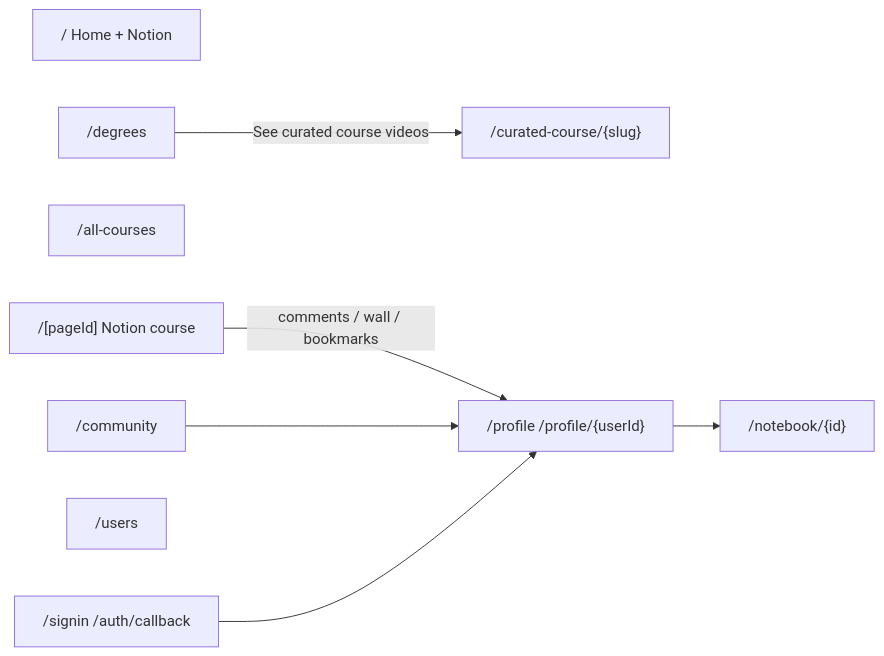
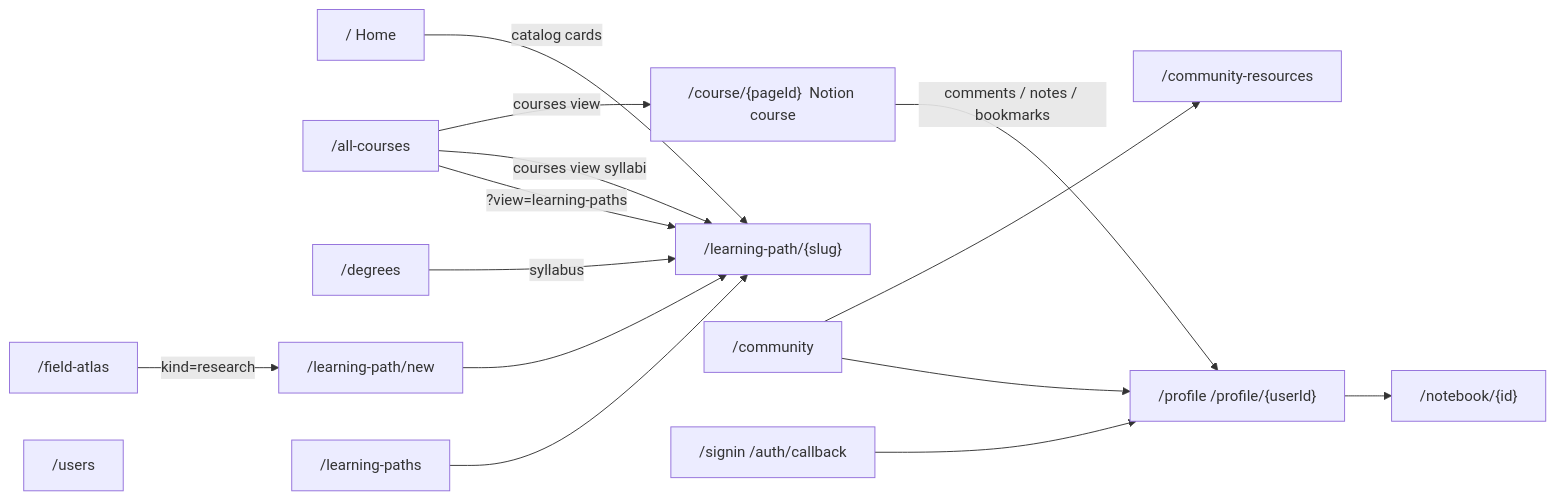
The second of 4 diagrams in docs/architecture.md (coursetexts/notion-site), drawn with Mermaid before and after one commit. The commit also changed other lines of this file and 80 other files, not shown here.

Commit message:
changes to the homepage explainer and community explainer, everything is now a learning path

````diff
--- a/docs/architecture.md
+++ b/docs/architecture.md
@@ -40,19 +89,31 @@
 ```mermaid
 flowchart LR
-  Home["/  Home + Notion"]
-  Course["/[pageId]  Notion course"]
+  Home["/  Home"]
+  Course["/course/{pageId}  Notion course"]
   All["/all-courses"]
   Degrees["/degrees"]
-  Curated["/curated-course/{slug}"]
+  LP["/learning-path/{slug}"]
+  LPNew["/learning-path/new"]
+  LPIndex["/learning-paths"]
+  Atlas["/field-atlas"]
   Community["/community"]
+  Resources["/community-resources"]
   Profile["/profile  /profile/{userId}"]
   Users["/users"]
   Notebook["/notebook/{id}"]
   Signin["/signin  /auth/callback"]
 
-  Degrees -->|"See curated course videos"| Curated
-  Course -->|"comments / wall / bookmarks"| Profile
+  Degrees -->|"syllabus"| LP
+  Home -->|"catalog cards"| LP
+  LPIndex --> LP
+  LPNew --> LP
+  Atlas -->|"kind=research"| LPNew
+  All -->|"courses view"| Course
+  All -->|"courses view syllabi"| LP
+  All -->|"?view=learning-paths"| LP
+  Community --> Resources
+  Course -->|"comments / notes / bookmarks"| Profile
   Community --> Profile
   Profile --> Notebook
   Signin --> Profile
 ```
````
